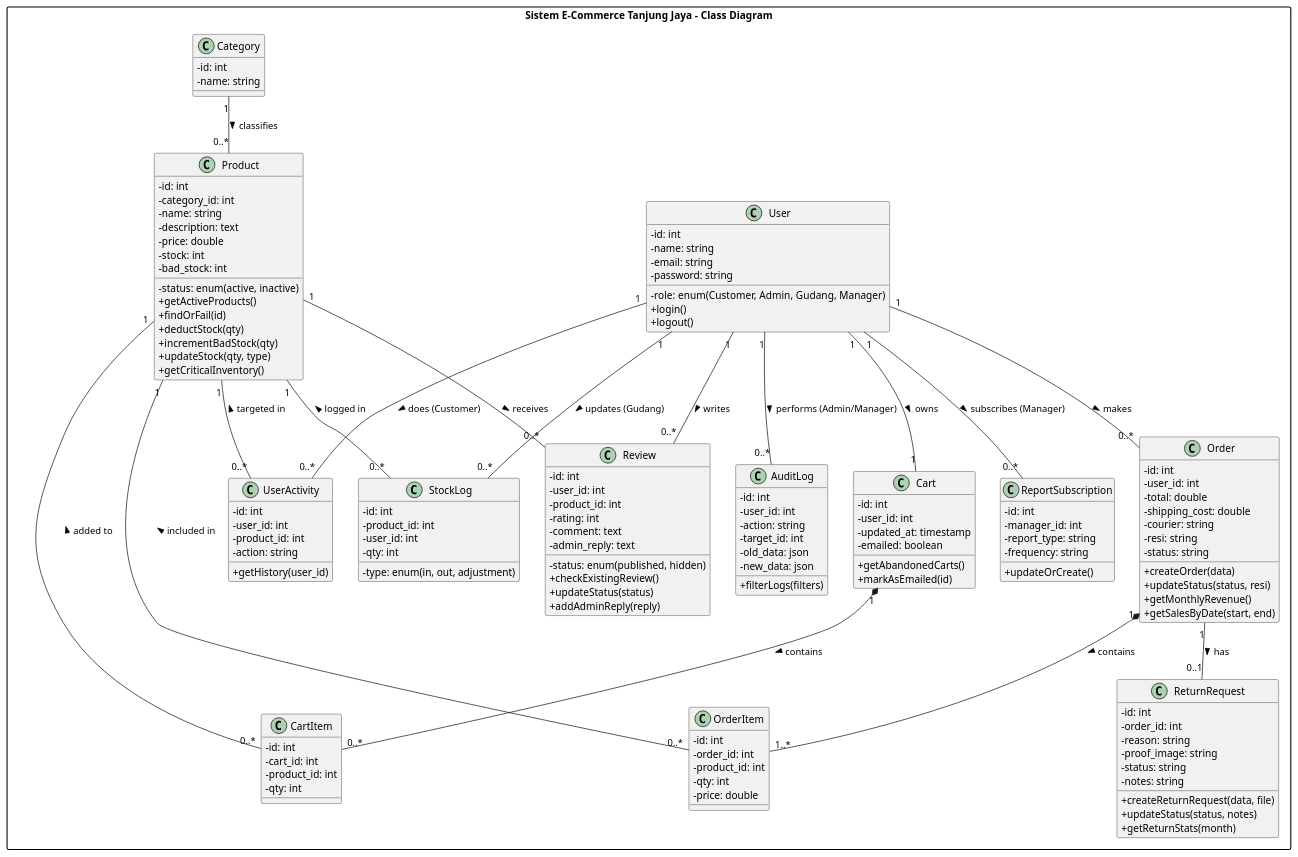
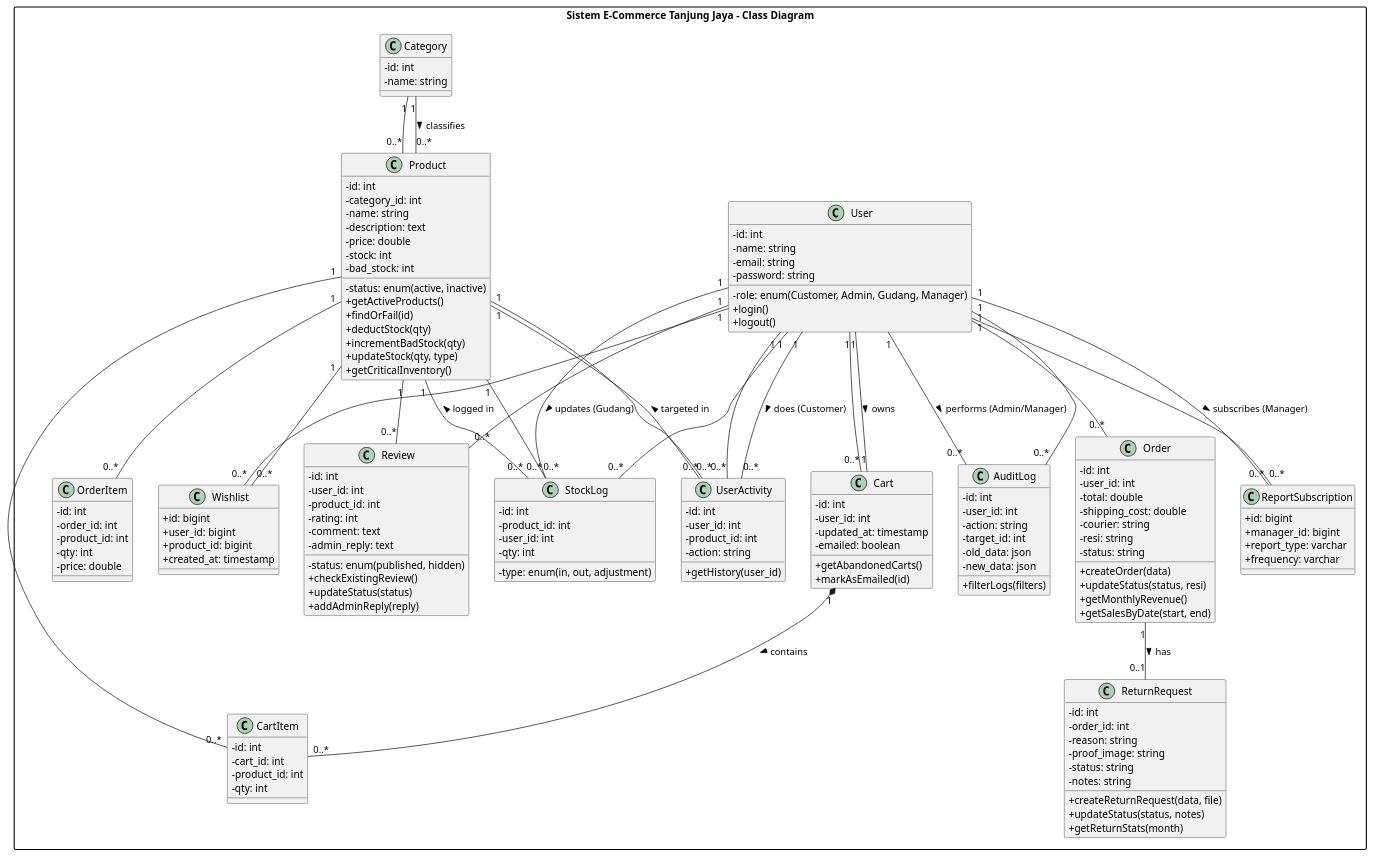
The diagram in docs/uml/class-diagram.puml (fiqrianwar1/tanjung-jaya-ecommerce), drawn with PlantUML before and after one commit. The commit also changed 230 other files, not shown here.

```diff
--- a/docs/uml/class-diagram.puml
+++ b/docs/uml/class-diagram.puml
@@ -1,162 +1,177 @@
 @startuml
 skinparam classAttributeIconSize 0
 skinparam packageStyle rectangle
 
 package "Sistem E-Commerce Tanjung Jaya - Class Diagram" {
 
     class User {
       - id: int
       - name: string
       - email: string
       - password: string
       - role: enum(Customer, Admin, Gudang, Manager)
       + login()
       + logout()
     }
 
     class Product {
       - id: int
       - category_id: int
       - name: string
       - description: text
       - price: double
       - stock: int
       - bad_stock: int
       - status: enum(active, inactive)
       + getActiveProducts()
       + findOrFail(id)
       + deductStock(qty)
       + incrementBadStock(qty)
       + updateStock(qty, type)
       + getCriticalInventory()
     }
 
     class Category {
       - id: int
       - name: string
     }
 
     class Order {
       - id: int
       - user_id: int
       - total: double
       - shipping_cost: double
       - courier: string
       - resi: string
       - status: string
       + createOrder(data)
       + updateStatus(status, resi)
       + getMonthlyRevenue()
       + getSalesByDate(start, end)
     }
 
     class OrderItem {
       - id: int
       - order_id: int
       - product_id: int
       - qty: int
       - price: double
     }
 
     class Review {
       - id: int
       - user_id: int
       - product_id: int
       - rating: int
       - comment: text
       - admin_reply: text
       - status: enum(published, hidden)
       + checkExistingReview()
       + updateStatus(status)
       + addAdminReply(reply)
     }
 
     class ReturnRequest {
       - id: int
       - order_id: int
       - reason: string
       - proof_image: string
       - status: string
       - notes: string
       + createReturnRequest(data, file)
       + updateStatus(status, notes)
       + getReturnStats(month)
     }
 
     class AuditLog {
       - id: int
       - user_id: int
       - action: string
       - target_id: int
       - old_data: json
       - new_data: json
       + filterLogs(filters)
     }
 
     class StockLog {
       - id: int
       - product_id: int
       - user_id: int
       - type: enum(in, out, adjustment)
       - qty: int
     }
 
     class Cart {
       - id: int
       - user_id: int
       - updated_at: timestamp
       - emailed: boolean
       + getAbandonedCarts()
       + markAsEmailed(id)
     }
 
     class CartItem {
       - id: int
       - cart_id: int
       - product_id: int
       - qty: int
     }
 
     class UserActivity {
       - id: int
       - user_id: int
       - product_id: int
       - action: string
       + getHistory(user_id)
     }
 
     class ReportSubscription {
-      - id: int
-      - manager_id: int
-      - report_type: string
-      - frequency: string
-      + updateOrCreate()
+      +id: bigint
+      +manager_id: bigint
+      +report_type: varchar
+      +frequency: varchar
+    }
+
+    class Wishlist {
+      +id: bigint
+      +user_id: bigint
+      +product_id: bigint
+      +created_at: timestamp
     }
 
     ' === Relasi Antar Kelas ===
 
-    User "1" -- "0..*" Order : makes >
-    Order "1" *-- "1..*" OrderItem : contains >
-    Product "1" -- "0..*" OrderItem : included in <
+    User "1" -- "0..*" Order
+    User "1" -- "0..*" Review
+    User "1" -- "0..*" Cart
+    User "1" -- "0..*" AuditLog
+    User "1" -- "0..*" StockLog
+    User "1" -- "0..*" UserActivity
+    User "1" -- "0..*" ReportSubscription
+    User "1" -- "0..*" Wishlist
 
-    User "1" -- "0..*" Review : writes >
-    Product "1" -- "0..*" Review : receives >
+    Category "1" -- "0..*" Product
+    Product "1" -- "0..*" OrderItem
+    Product "1" -- "0..*" Review
+    Product "1" -- "0..*" CartItem
+    Product "1" -- "0..*" StockLog
+    Product "1" -- "0..*" UserActivity
+    Product "1" -- "0..*" Wishlist
 
     Order "1" -- "0..1" ReturnRequest : has >
 
     User "1" -- "1" Cart : owns >
     Cart "1" *-- "0..*" CartItem : contains >
-    Product "1" -- "0..*" CartItem : added to <
 
     Category "1" -- "0..*" Product : classifies >
 
     User "1" -- "0..*" AuditLog : performs (Admin/Manager) >
     User "1" -- "0..*" StockLog : updates (Gudang) >
     Product "1" -- "0..*" StockLog : logged in <
 
     User "1" -- "0..*" UserActivity : does (Customer) >
     Product "1" -- "0..*" UserActivity : targeted in <
 
     User "1" -- "0..*" ReportSubscription : subscribes (Manager) >
 }
 @enduml
```
